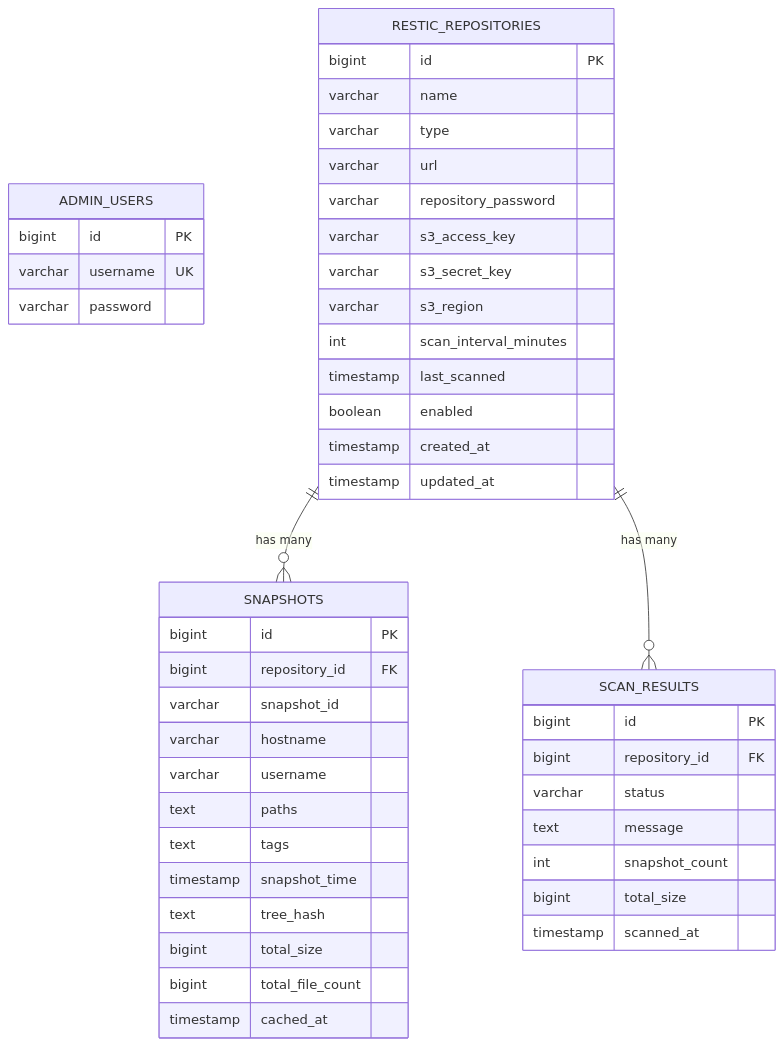
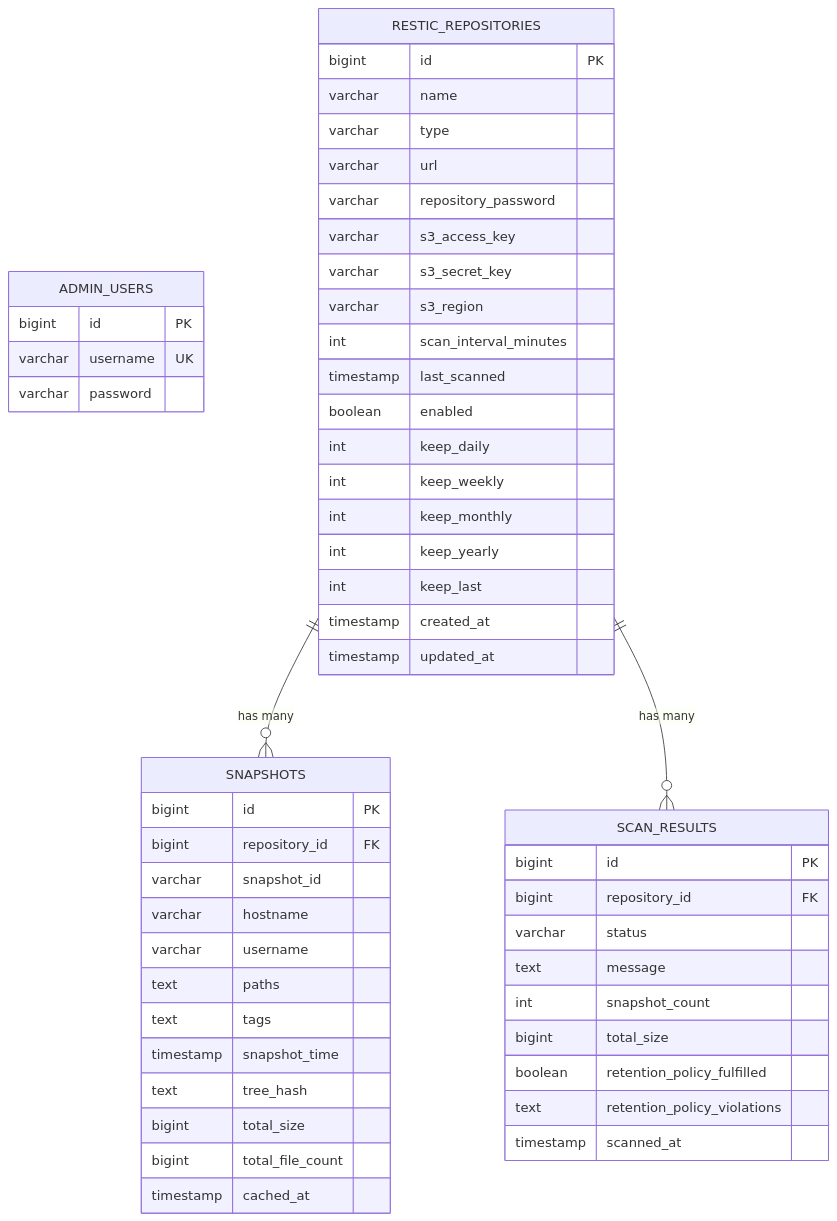
Before and after one commit to tmseidel/restic-explorer: the sixth of 8 diagrams in docs/ARCHITECTURE.md, drawn with Mermaid. The commit also changed other lines of this file and 15 other files, not shown here.

Commit message:
feat: Add optional retention policy per repository with soft warning visualization

````diff
--- a/docs/ARCHITECTURE.md
+++ b/docs/ARCHITECTURE.md
@@ -221,52 +223,59 @@
 ```mermaid
 erDiagram
     ADMIN_USERS {
         bigint id PK
         varchar username UK
         varchar password
     }
 
     RESTIC_REPOSITORIES {
         bigint id PK
         varchar name
         varchar type
         varchar url
         varchar repository_password
         varchar s3_access_key
         varchar s3_secret_key
         varchar s3_region
         int scan_interval_minutes
         timestamp last_scanned
         boolean enabled
+        int keep_daily
+        int keep_weekly
+        int keep_monthly
+        int keep_yearly
+        int keep_last
         timestamp created_at
         timestamp updated_at
     }
 
     SNAPSHOTS {
         bigint id PK
         bigint repository_id FK
         varchar snapshot_id
         varchar hostname
         varchar username
         text paths
         text tags
         timestamp snapshot_time
         text tree_hash
         bigint total_size
         bigint total_file_count
         timestamp cached_at
     }
 
     SCAN_RESULTS {
         bigint id PK
         bigint repository_id FK
         varchar status
         text message
         int snapshot_count
         bigint total_size
+        boolean retention_policy_fulfilled
+        text retention_policy_violations
         timestamp scanned_at
     }
 
     RESTIC_REPOSITORIES ||--o{ SNAPSHOTS : "has many"
     RESTIC_REPOSITORIES ||--o{ SCAN_RESULTS : "has many"
 ```
````
